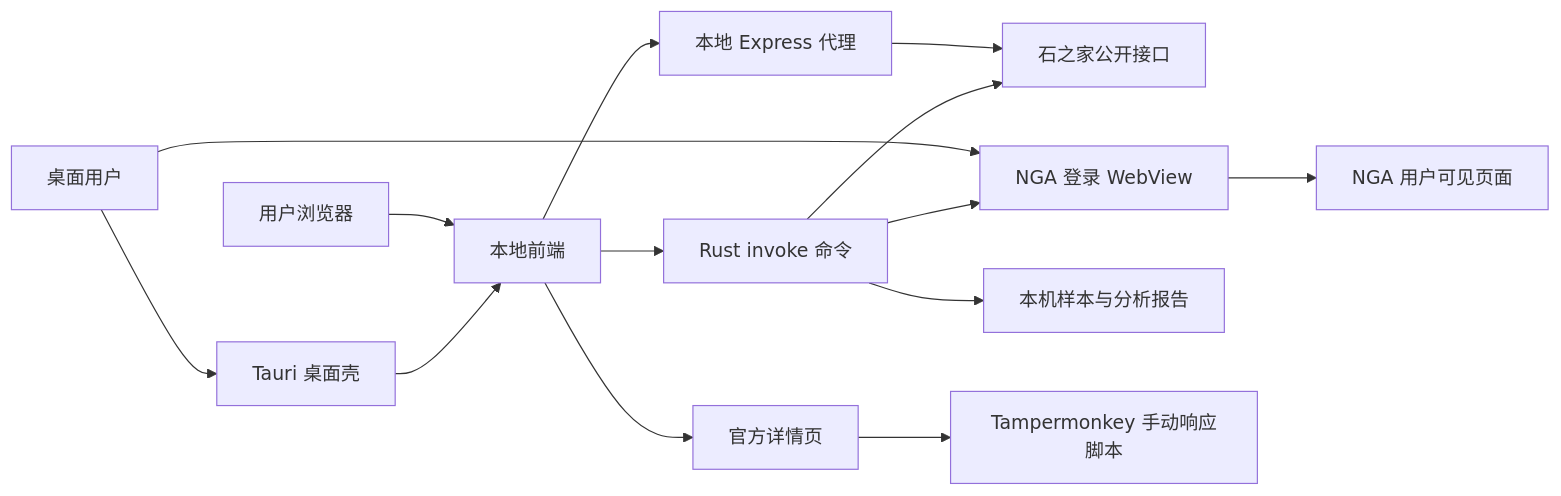
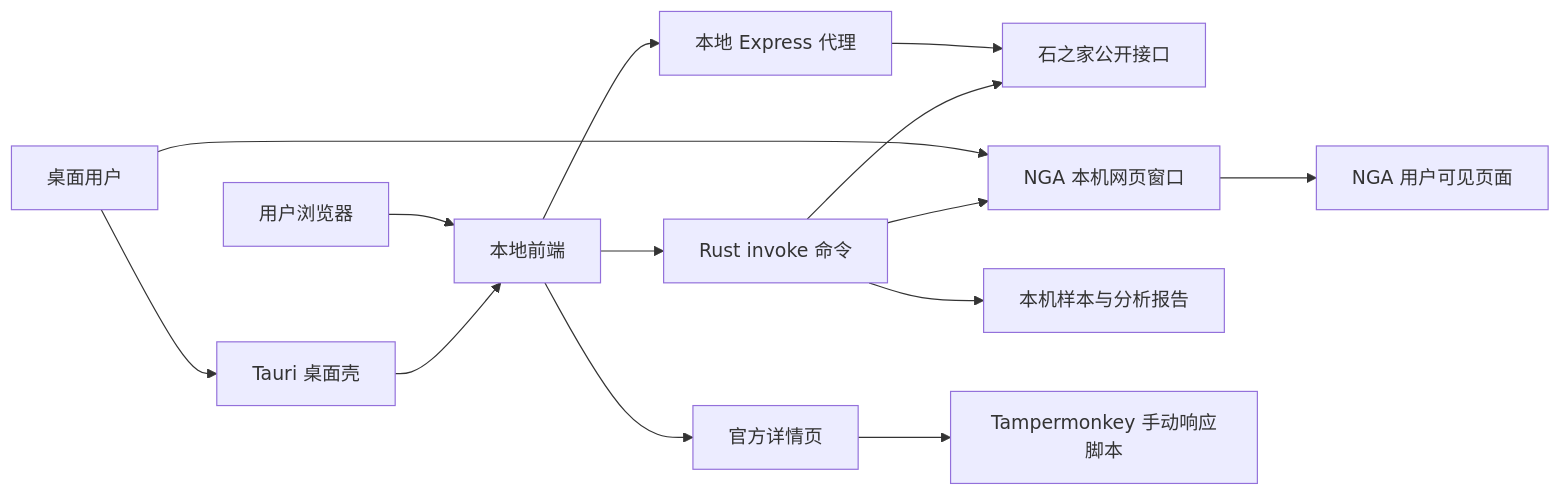
The diagram in docs/architecture.md (today080221/risingstones-partyfinder-helper), drawn with Mermaid before and after one commit. The commit also changed other lines of this file and 24 other files, not shown here.

````diff
--- a/docs/architecture.md
+++ b/docs/architecture.md
@@ -15,16 +15,16 @@
 ```mermaid
 flowchart LR
   User["用户浏览器"] --> Web["本地前端"]
   Web --> Api["本地 Express 代理"]
   Api --> Official["石之家公开接口"]
   DesktopUser["桌面用户"] --> Tauri["Tauri 桌面壳"]
   Tauri --> Web
   Web --> Invoke["Rust invoke 命令"]
   Invoke --> Official
-  DesktopUser --> NgaView["NGA 登录 WebView"]
+  DesktopUser --> NgaView["NGA 本机网页窗口"]
   NgaView --> NgaSite["NGA 用户可见页面"]
   Invoke --> NgaView
   Invoke --> LocalSamples["本机样本与分析报告"]
   Web --> OfficialPage["官方详情页"]
   OfficialPage --> UserScript["Tampermonkey 手动响应脚本"]
 ```
````
